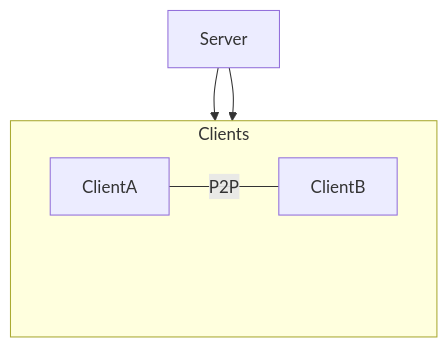
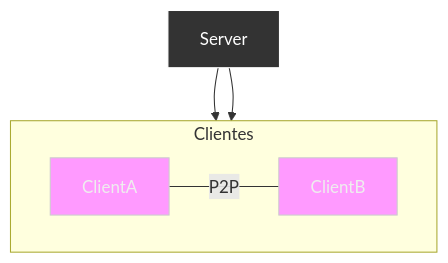
Before and after one commit to luciamarst/Hybrid-CS-P2P-Server: the diagram in README.md, drawn with Mermaid.

Commit message:
Update architecture diagram in README.md

````diff
--- a/README.md
+++ b/README.md
@@ -28,19 +28,18 @@
 ```mermaid
 graph TD
-    Server
+    Server["Server"]:::server
 
-    subgraph Clients
+    subgraph Clients [Clientes]
         direction LR
-        ClientA
-        Spacer[" "]:::invisible
-        ClientB
+        ClientA["ClientA"]:::client
+        ClientB["ClientB"]:::client
     end
 
     Server --> ClientA
     Server --> ClientB
-
     ClientA ---|P2P| ClientB
 
-    classDef invisible fill-opacity:0,stroke-opacity:0;
+    classDef server fill:#333,stroke:#fff,stroke-width:1px,color:#fff;
+    classDef client fill:#ff9aff,stroke:#ccc,stroke-width:1px,color:#eee;
 
 ```
````
